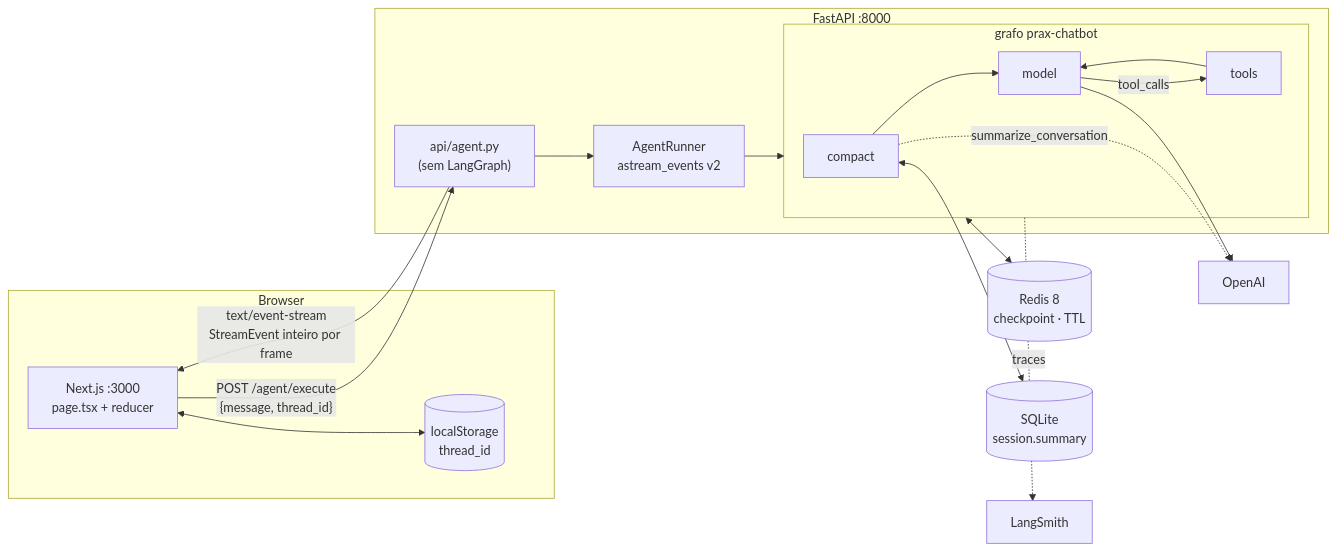
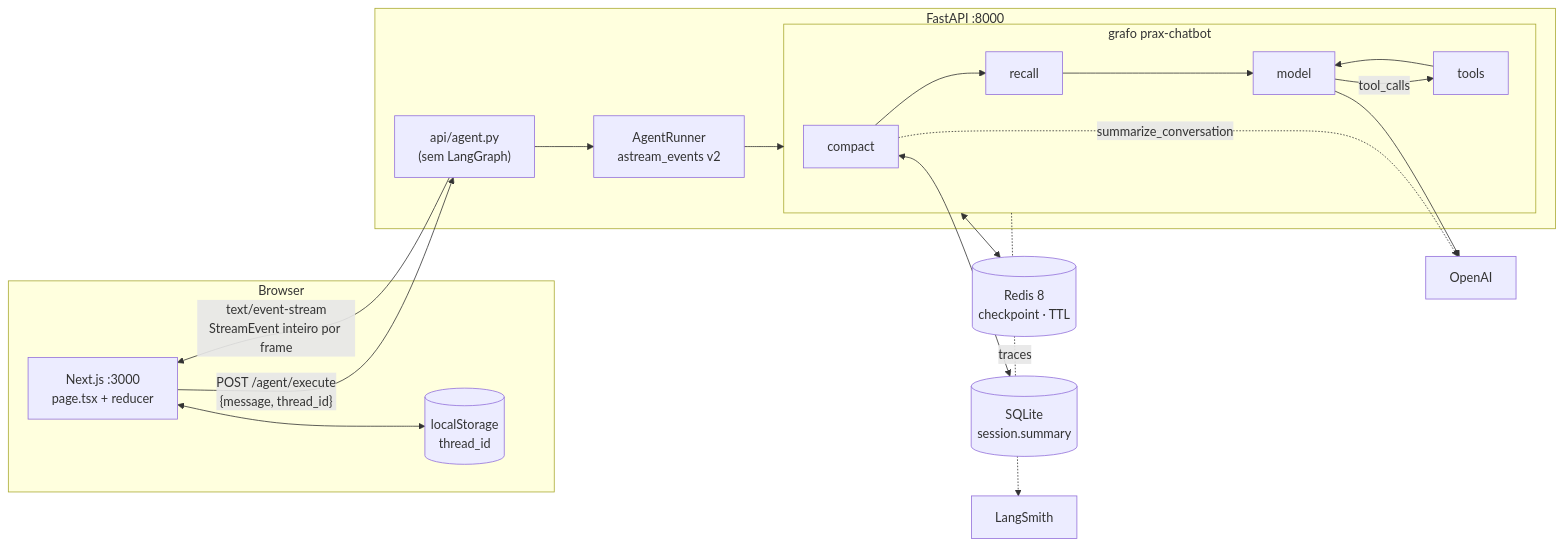
The first of 3 diagrams in README.md (jmilheiro73/prax-chatbot), drawn with Mermaid before and after one commit. The commit also changed other lines of this file and 3 other files, not shown here.

````diff
--- a/README.md
+++ b/README.md
@@ -36,32 +38,32 @@
 ```mermaid
 flowchart LR
     subgraph Browser
         UI["Next.js :3000<br/>page.tsx + reducer"]
         LS[("localStorage<br/>thread_id")]
     end
 
     subgraph Backend["FastAPI :8000"]
         API["api/agent.py<br/>(sem LangGraph)"]
         RUN["AgentRunner<br/>astream_events v2"]
         subgraph Grafo["grafo prax-chatbot"]
-            C[compact] --> M[model]
+            C[compact] --> R[recall] --> M[model]
             M -- tool_calls --> T[tools]
             T --> M
         end
     end
 
     REDIS[("Redis 8<br/>checkpoint · TTL")]
     SQLITE[("SQLite<br/>session.summary")]
     OPENAI["OpenAI"]
     SMITH["LangSmith"]
 
     UI -- "POST /agent/execute<br/>{message, thread_id}" --> API
     API -- "text/event-stream<br/>StreamEvent inteiro por frame" --> UI
     UI <--> LS
     API --> RUN --> Grafo
     Grafo <--> REDIS
     C <--> SQLITE
     C -. "summarize_conversation" .-> OPENAI
     M --> OPENAI
     Grafo -. traces .-> SMITH
 ```
````
